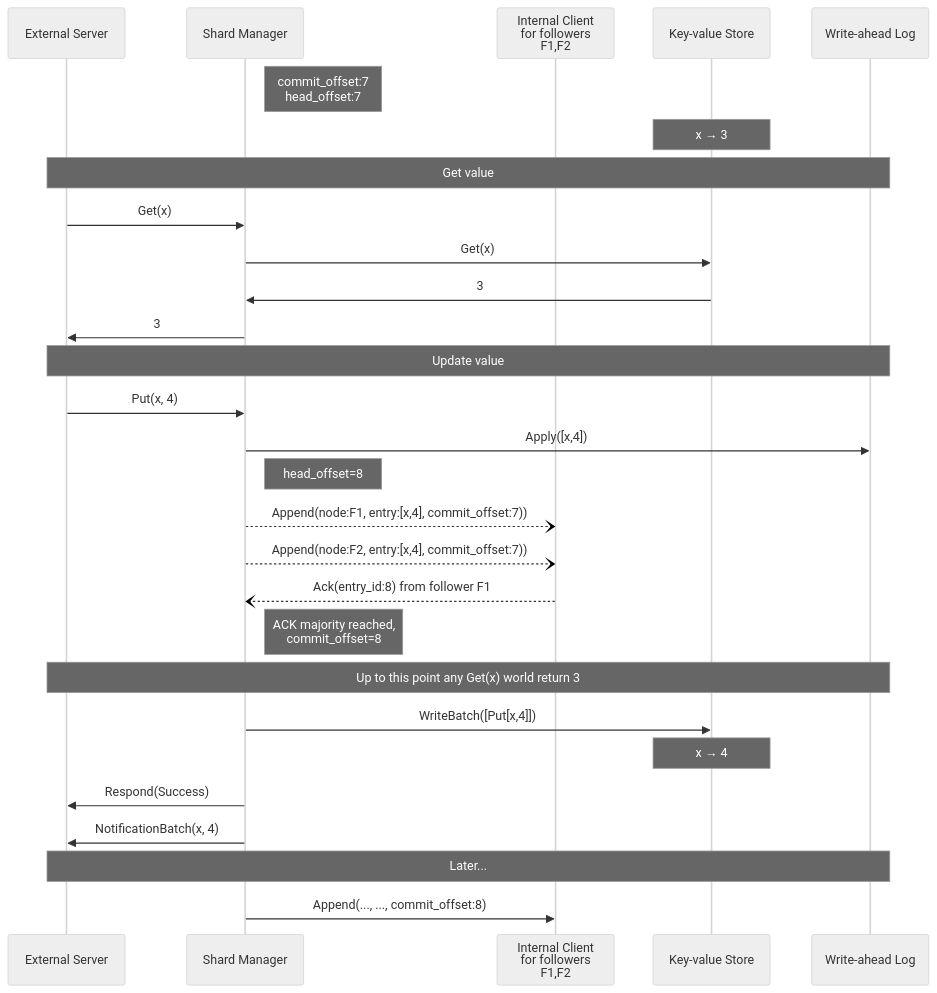
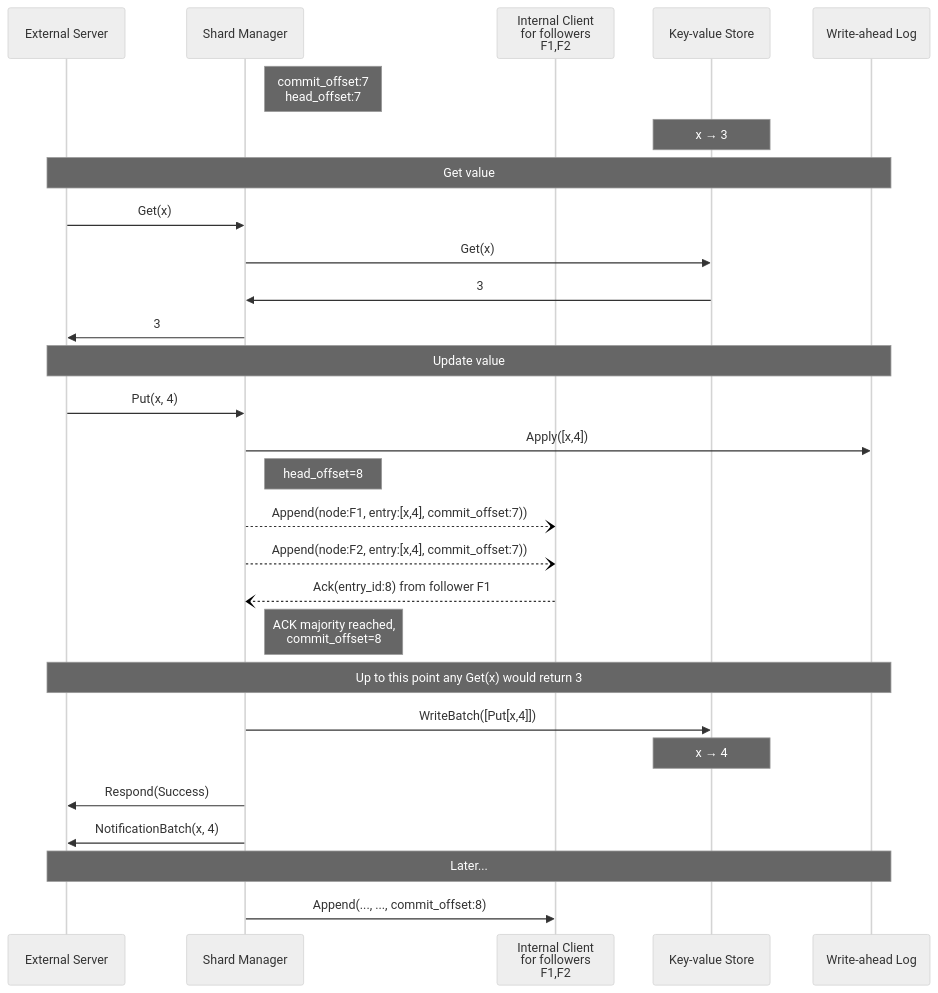
The second of 5 diagrams in src/content/consensus/replication-storage.mdx (oxia-db/oxia-db.github.io), drawn with Mermaid (neutral theme) before and after one commit. The commit also changed other lines of this file, not shown here.

````diff
--- a/src/content/consensus/replication-storage.mdx
+++ b/src/content/consensus/replication-storage.mdx
@@ -88,32 +88,32 @@
 ```mermaid
 sequenceDiagram
 participant S as External Server
 participant M as Shard Manager
 Note right of M: commit_offset:7<br>head_offset:7
 participant CI as Internal Client<br/>for followers<br/>F1,F2
 participant KV as Key-value Store
 Note over KV: x → 3
 participant WAL as Write-ahead Log
 
 Note over S,WAL: Get value
 S->>M:Get(x)
 M->>KV:Get(x)
 KV->>M:3
 M->>S:3
 Note over S,WAL: Update value
 S->>M: Put(x, 4)
 M->>WAL: Apply([x,4])
 Note right of M: head_offset=8
 M--)CI: Append(node:F1, entry:[x,4], commit_offset:7))
 M--)CI: Append(node:F2, entry:[x,4], commit_offset:7))
 CI--)M: Ack(entry_id:8) from follower F1
 
 Note right of M: ACK majority reached,<br/>commit_offset=8
-Note over S,WAL: Up to this point any Get(x) world return 3
+Note over S,WAL: Up to this point any Get(x) would return 3
 M->>KV: WriteBatch([Put[x,4]])
 Note over KV: x → 4
 M->>S: Respond(Success)
 M->>S: NotificationBatch(x, 4)
 Note over S,WAL: Later...
 M->>CI: Append(..., ..., commit_offset:8)
 ```
````
